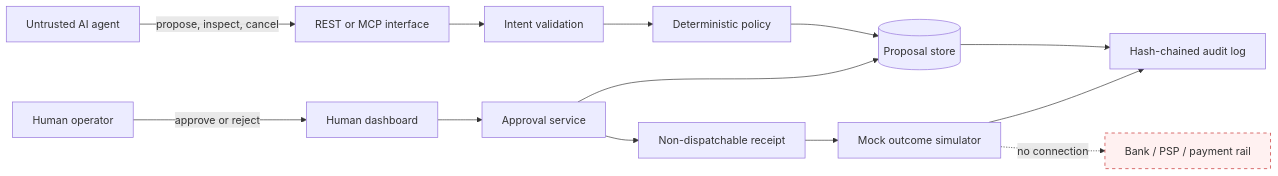
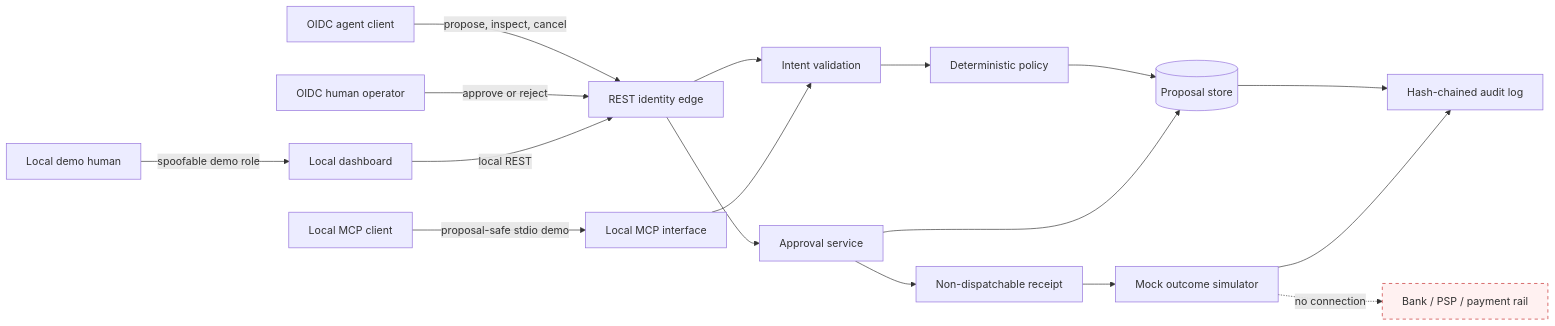
Before and after one commit to cad07/parimit: the first of 2 diagrams in docs/architecture.md, drawn with Mermaid. The commit also changed other lines of this file and 44 other files, not shown here.

````diff
--- a/docs/architecture.md
+++ b/docs/architecture.md
@@ -7,18 +7,22 @@
 ```mermaid
 flowchart LR
-    A[Untrusted AI agent] -->|propose, inspect, cancel| I[REST or MCP interface]
-    H[Human operator] -->|approve or reject| D[Human dashboard]
+    A[OIDC agent client] -->|propose, inspect, cancel| I[REST identity edge]
+    H[OIDC human operator] -->|approve or reject| I
+    MC[Local MCP client] -->|proposal-safe stdio demo| C[Local MCP interface]
+    LH[Local demo human] -->|spoofable demo role| D[Local dashboard]
+    D -->|local REST| I
     I --> V[Intent validation]
+    C --> V
     V --> P[Deterministic policy]
     P --> S[(Proposal store)]
-    D --> B[Approval service]
+    I --> B[Approval service]
     B --> S
     B --> R[Non-dispatchable receipt]
-    S --> L[Hash-chained audit log]
-    R --> M[Mock outcome simulator]
-    M --> L
+    S --> AL[Hash-chained audit log]
+    R --> MS[Mock outcome simulator]
+    MS --> AL
     X[Bank / PSP / payment rail]:::blocked
-    M -. no connection .-> X
+    MS -. no connection .-> X
 
     classDef blocked fill:#fff1f1,stroke:#c62828,stroke-dasharray: 5 5
 ```
````
